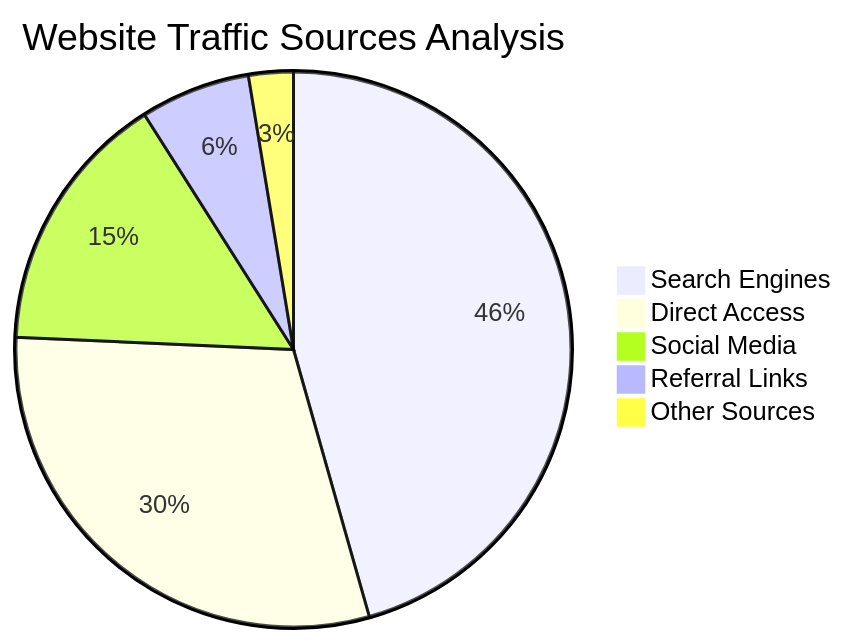
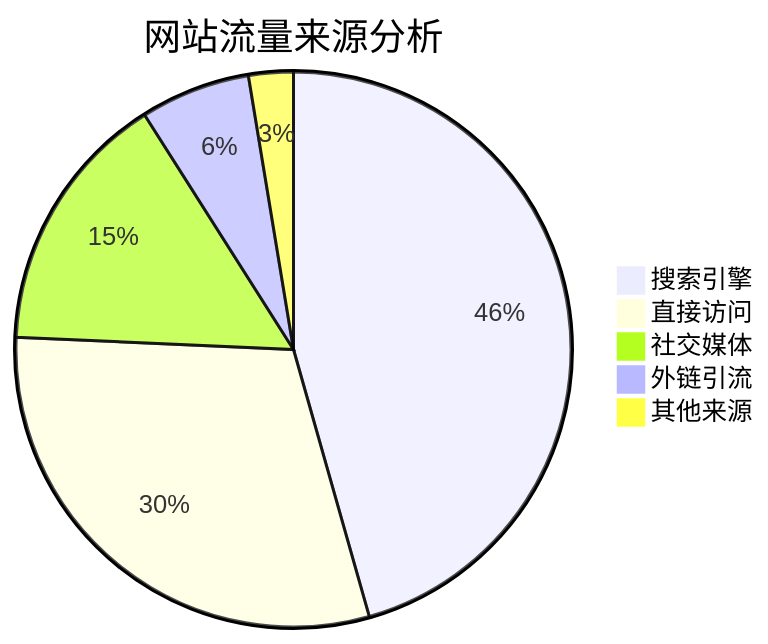
One commit to FishingMZ/blog changed the sixth of 6 diagrams in src/content/posts/markdown-mermaid.md. Above: the diagram before and after it, drawn with Mermaid. The commit also changed other lines of this file, not shown here.

Commit message:
Translate Markdown Mermaid post to Chinese

````diff
--- a/src/content/posts/markdown-mermaid.md
+++ b/src/content/posts/markdown-mermaid.md
@@ -177,8 +174,8 @@
 ```mermaid
-pie title Website Traffic Sources Analysis
-    "Search Engines" : 45.6
-    "Direct Access" : 30.1
-    "Social Media" : 15.3
-    "Referral Links" : 6.4
-    "Other Sources" : 2.6
+pie title 网站流量来源分析
+    "搜索引擎" : 45.6
+    "直接访问" : 30.1
+    "社交媒体" : 15.3
+    "外链引流" : 6.4
+    "其他来源" : 2.6
 ```
````
